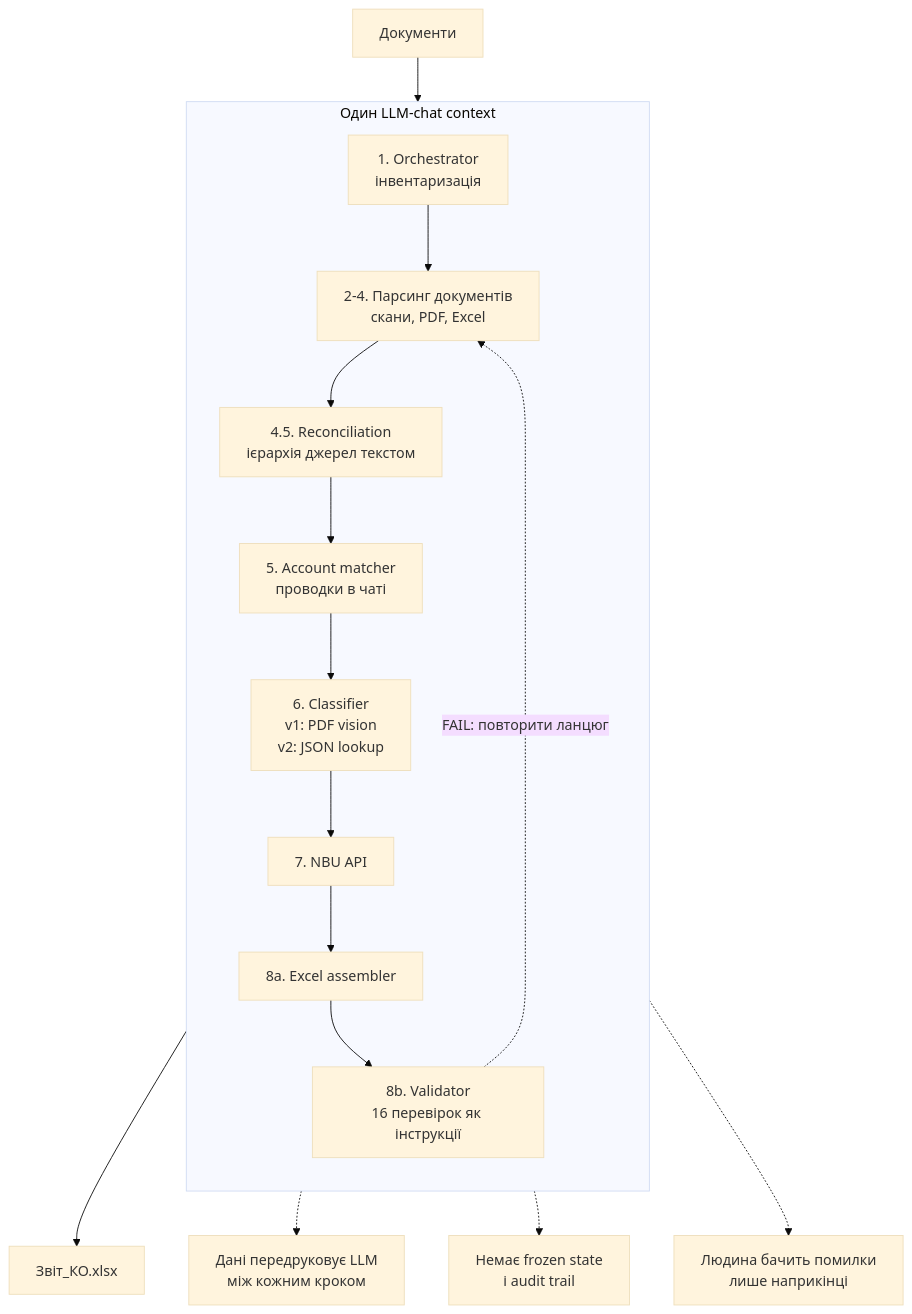
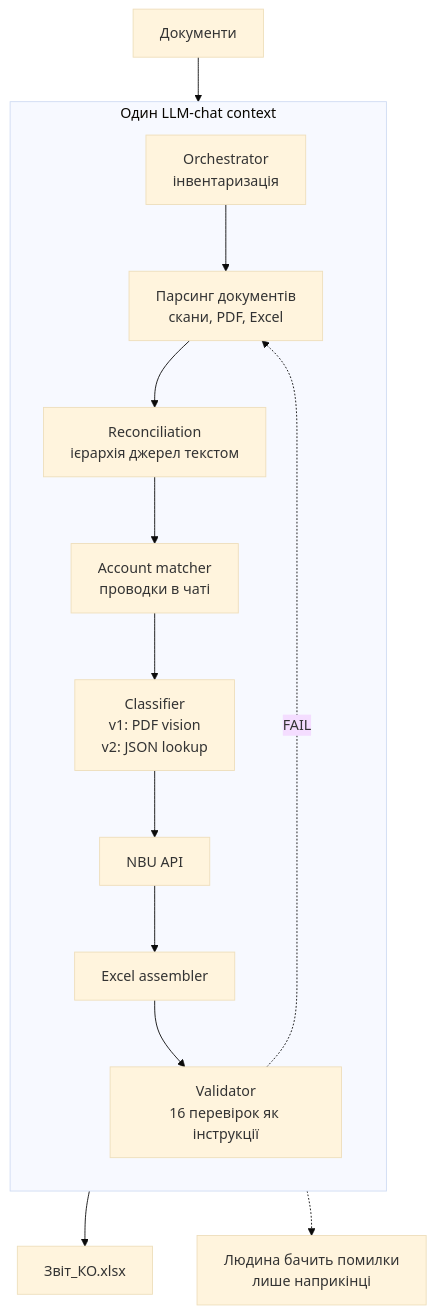
The diagram in lectures/problem-solving/012-solution-breakdown.mdx (vibemaxxing-labs/mdx-lectures), drawn with Mermaid (base theme) before and after one commit. The commit also changed other lines of this file and 2 other files, not shown here.

````diff
--- a/lectures/problem-solving/012-solution-breakdown.mdx
+++ b/lectures/problem-solving/012-solution-breakdown.mdx
@@ -8,37 +10,33 @@
 ```mermaid
 flowchart TB
   docs["Документи"]
 
   subgraph chat["Один LLM-chat context"]
     direction TB
 
-    inv["1. Orchestrator<br/>інвентаризація"]
-    parse["2-4. Парсинг документів<br/>скани, PDF, Excel"]
-    reconcile["4.5. Reconciliation<br/>ієрархія джерел текстом"]
-    account["5. Account matcher<br/>проводки в чаті"]
-    classify["6. Classifier<br/>v1: PDF vision<br/>v2: JSON lookup"]
-    rate["7. NBU API"]
-    excel["8a. Excel assembler"]
-    validate["8b. Validator<br/>16 перевірок як інструкції"]
+    inv["Orchestrator<br/>інвентаризація"]
+    parse["Парсинг документів<br/>скани, PDF, Excel"]
+    reconcile["Reconciliation<br/>ієрархія джерел текстом"]
+    account["Account matcher<br/>проводки в чаті"]
+    classify["Classifier<br/>v1: PDF vision<br/>v2: JSON lookup"]
+    rate["NBU API"]
+    excel["Excel assembler"]
+    validate["Validator<br/>16 перевірок як інструкції"]
 
     inv --> parse --> reconcile --> account --> classify --> rate --> excel --> validate
-    validate -. "FAIL: повторити ланцюг" .-> parse
+    validate -. "FAIL" .-> parse
   end
 
   output["Звіт_КО.xlsx"]
 
   docs --> chat
   validate --> output
 
-  tokenLoss["Дані передруковує LLM<br/>між кожним кроком"]
-  noState["Немає frozen state<br/>і audit trail"]
   lateReview["Людина бачить помилки<br/>лише наприкінці"]
 
-  parse -.-> tokenLoss
-  account -.-> noState
   validate -.-> lateReview
 
   class chat,parse,account,validate decisionMuted
   class classify decisionChosen
   class output decisionFinal
 ```
````
